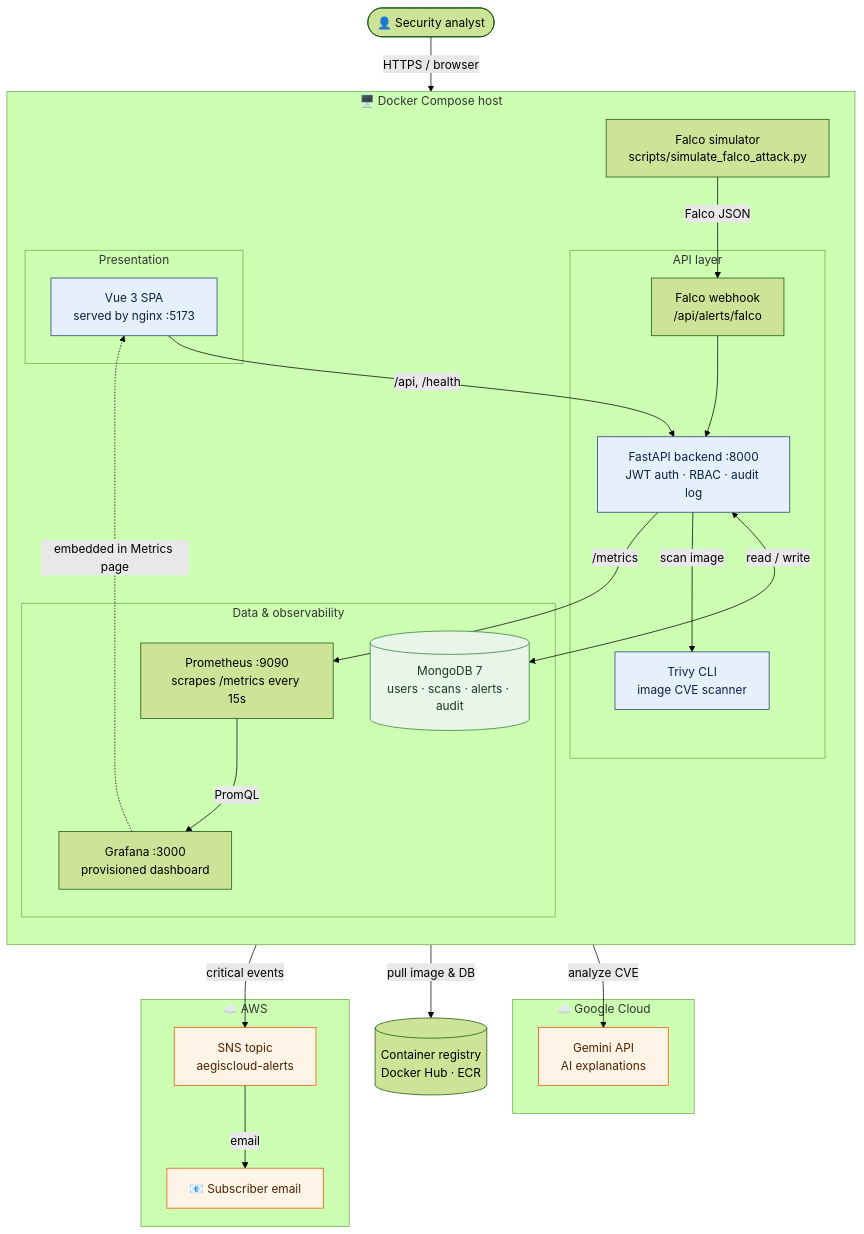
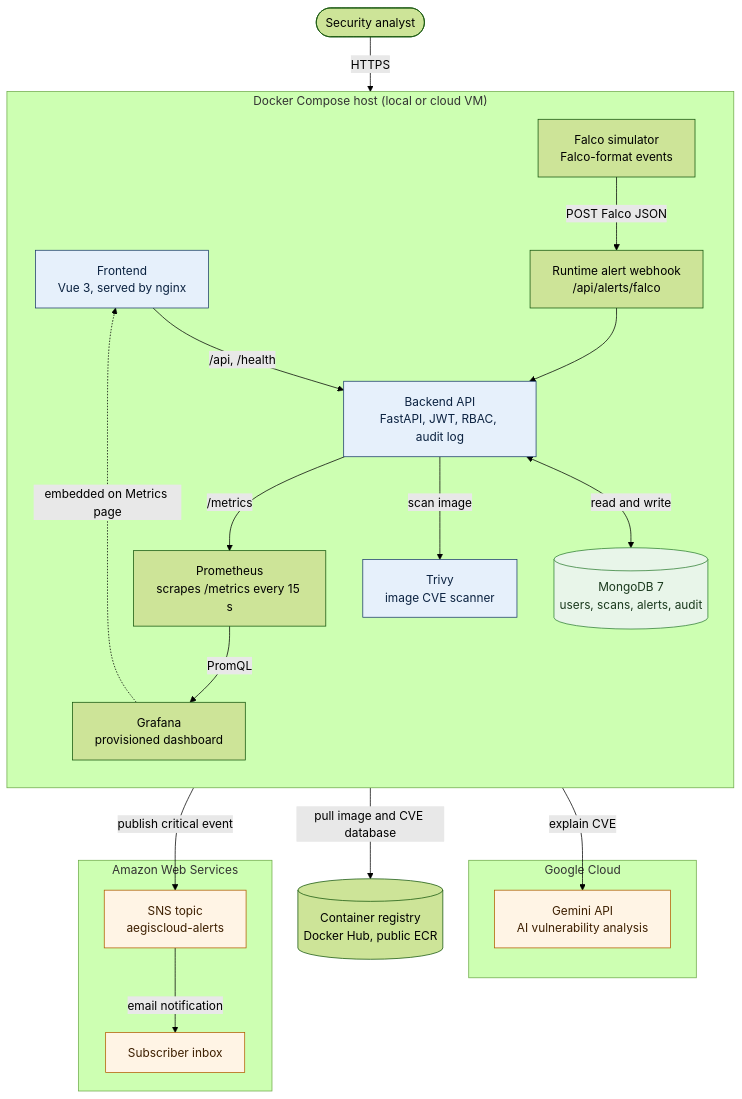
One commit to 06nikunj/AegisCloud changed the diagram in README.md. Above: the diagram before and after it, drawn with Mermaid (forest theme). The commit also changed other lines of this file, not shown here.

Commit message:
docs: rewrite README around the multi-cloud architecture

````diff
--- a/README.md
+++ b/README.md
@@ -51,58 +57,48 @@
 ```mermaid
 flowchart TB
-    user(["👤 Security analyst"])
+    user(["Security analyst"])
 
-    subgraph LOCAL["🖥️ Docker Compose host"]
+    subgraph HOST["Docker Compose host (local or cloud VM)"]
         direction TB
-
-        subgraph FE["Presentation"]
-            fe["Vue 3 SPA<br/>served by nginx :5173"]
-        end
-
-        subgraph BE["API layer"]
-            api["FastAPI backend :8000<br/>JWT auth · RBAC · audit log"]
-            trivy["Trivy CLI<br/>image CVE scanner"]
-            falcoin["Falco webhook<br/>/api/alerts/falco"]
-        end
-
-        subgraph DATA["Data & observability"]
-            mongo[("MongoDB 7<br/>users · scans · alerts · audit")]
-            prom["Prometheus :9090<br/>scrapes /metrics every 15s"]
-            graf["Grafana :3000<br/>provisioned dashboard"]
-        end
-
-        sim["Falco simulator<br/>scripts/simulate_falco_attack.py"]
+        fe["Frontend<br/>Vue 3, served by nginx"]
+        api["Backend API<br/>FastAPI, JWT, RBAC, audit log"]
+        trivy["Trivy<br/>image CVE scanner"]
+        webhook["Runtime alert webhook<br/>/api/alerts/falco"]
+        mongo[("MongoDB 7<br/>users, scans, alerts, audit")]
+        prom["Prometheus<br/>scrapes /metrics every 15 s"]
+        graf["Grafana<br/>provisioned dashboard"]
+        sim["Falco simulator<br/>Falco-format events"]
     end
 
-    subgraph GCP["☁️ Google Cloud"]
-        gemini["Gemini API<br/>AI explanations"]
+    subgraph GCP["Google Cloud"]
+        gemini["Gemini API<br/>AI vulnerability analysis"]
     end
 
-    subgraph AWS["☁️ AWS"]
+    subgraph AWS["Amazon Web Services"]
         sns["SNS topic<br/>aegiscloud-alerts"]
-        inbox["📧 Subscriber email"]
+        email["Subscriber inbox"]
     end
 
-    registry[("Container registry<br/>Docker Hub · ECR")]
+    registry[("Container registry<br/>Docker Hub, public ECR")]
 
-    user -->|"HTTPS / browser"| fe
+    user -->|"HTTPS"| fe
     fe -->|"/api, /health"| api
-    api <-->|"read / write"| mongo
+    api <-->|"read and write"| mongo
     api -->|"scan image"| trivy
-    trivy -->|"pull image & DB"| registry
-    api -->|"analyze CVE"| gemini
-    api -->|"critical events"| sns
-    sns -->|"email"| inbox
-    sim -->|"Falco JSON"| falcoin
-    falcoin --> api
+    trivy -->|"pull image and CVE database"| registry
+    api -->|"explain CVE"| gemini
+    api -->|"publish critical event"| sns
+    sns -->|"email notification"| email
+    sim -->|"POST Falco JSON"| webhook
+    webhook --> api
     api -->|"/metrics"| prom
     prom -->|"PromQL"| graf
-    graf -.->|"embedded in Metrics page"| fe
+    graf -.->|"embedded on Metrics page"| fe
 
-    classDef cloud fill:#FFF4E5,stroke:#E65100,color:#4A2300
-    classDef store fill:#E8F5E9,stroke:#2E7D32,color:#1B3A1E
+    classDef cloud fill:#FFF4E5,stroke:#B35C00,color:#3D1F00
+    classDef data fill:#E8F5E9,stroke:#2E7D32,color:#1B3A1E
     classDef core fill:#E6F0FB,stroke:#1B3A6B,color:#0B2240
-    class gemini,sns,inbox cloud
-    class mongo store
+    class gemini,sns,email cloud
+    class mongo data
     class api,fe,trivy core
 ```
````
